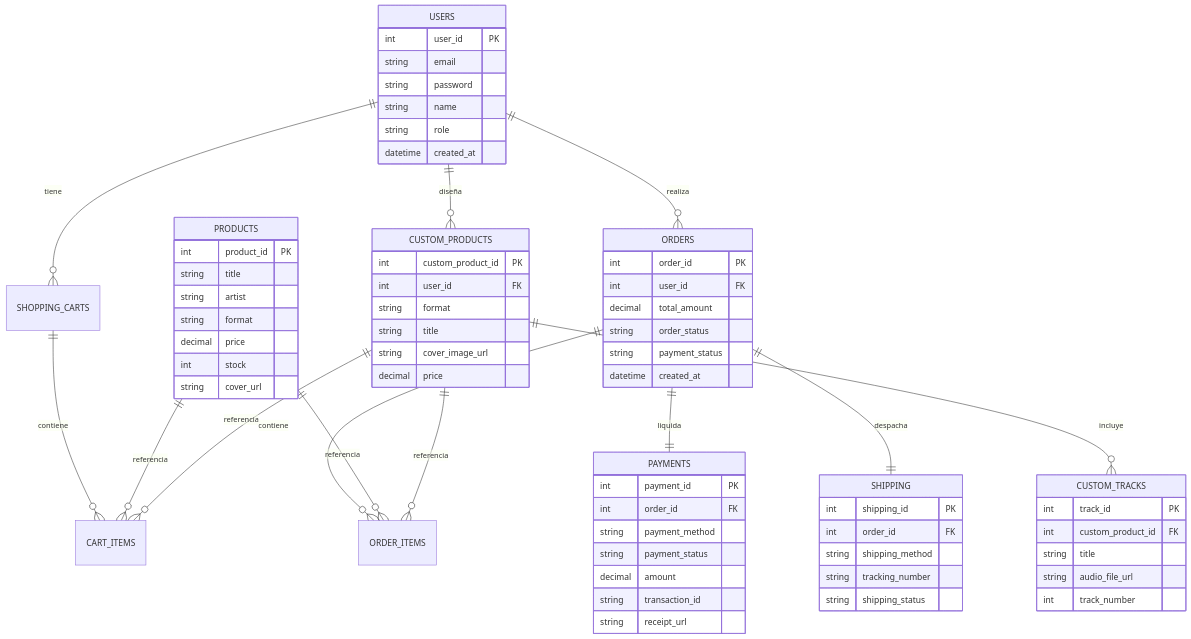
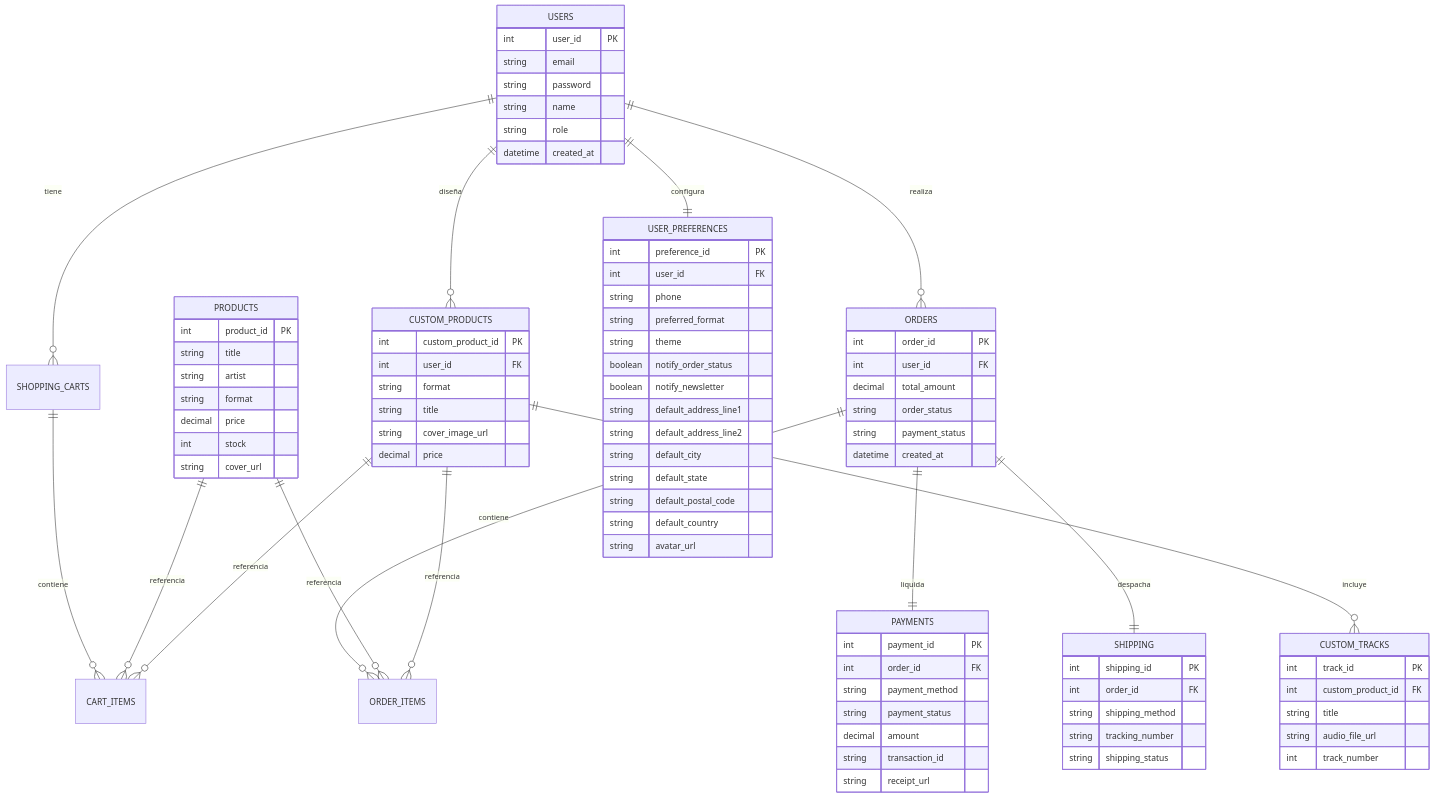
Before and after one commit to rafaelSanchez4330/disc-market-backend: the second of 2 diagrams in SYSTEM_DOCUMENTATION.md, drawn with Mermaid. The commit also changed other lines of this file and 1 other file, not shown here.

Commit message:
docs: update documentation and pending features for completed user profile and preferences module

```diff
--- a/SYSTEM_DOCUMENTATION.md
+++ b/SYSTEM_DOCUMENTATION.md
@@ -137,6 +157,7 @@
     USERS ||--o{ SHOPPING_CARTS : tiene
     USERS ||--o{ ORDERS : realiza
     USERS ||--o{ CUSTOM_PRODUCTS : diseña
+    USERS ||--|| USER_PREFERENCES : configura
     
     CUSTOM_PRODUCTS ||--o{ CUSTOM_TRACKS : incluye
     
@@ -158,6 +179,23 @@
         string name
         string role
         datetime created_at
+    }
+
+    USER_PREFERENCES {
+        int preference_id PK
+        int user_id FK
+        string phone
+        string preferred_format
+        string theme
+        boolean notify_order_status
+        boolean notify_newsletter
+        string default_address_line1
+        string default_address_line2
+        string default_city
+        string default_state
+        string default_postal_code
+        string default_country
+        string avatar_url
     }
 
     PRODUCTS {
```
